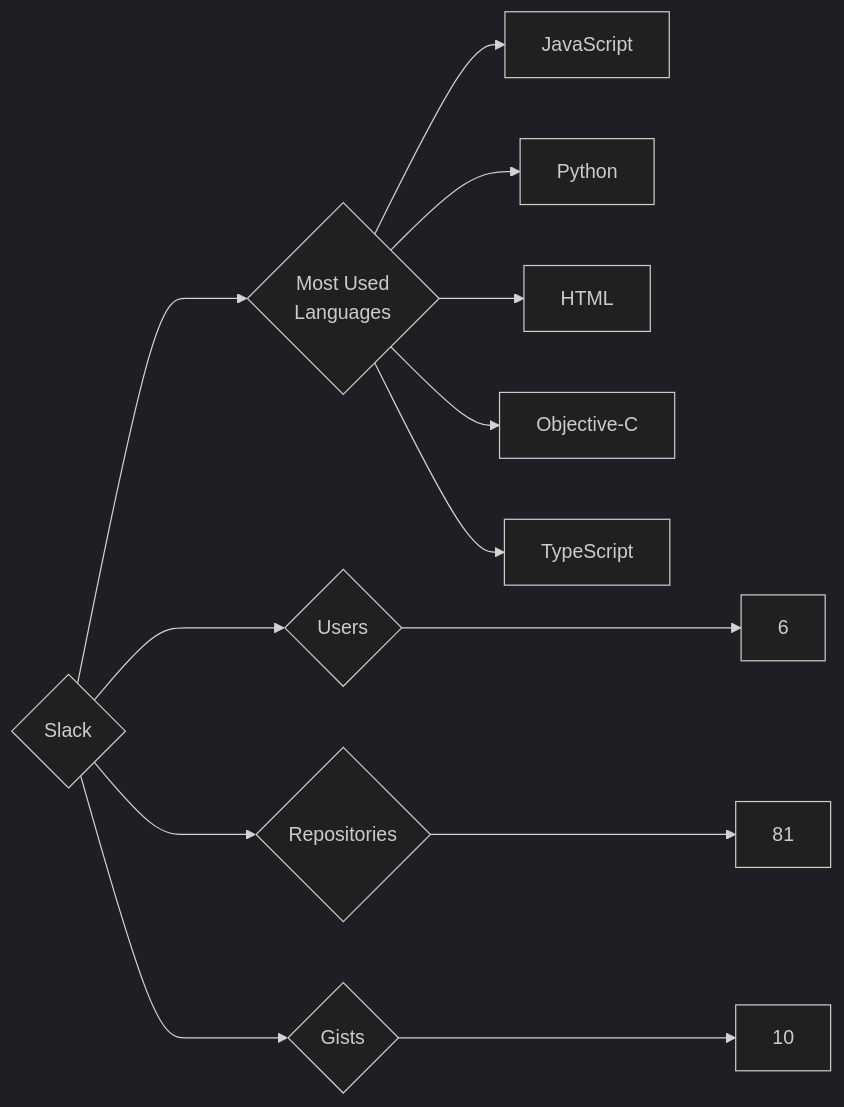
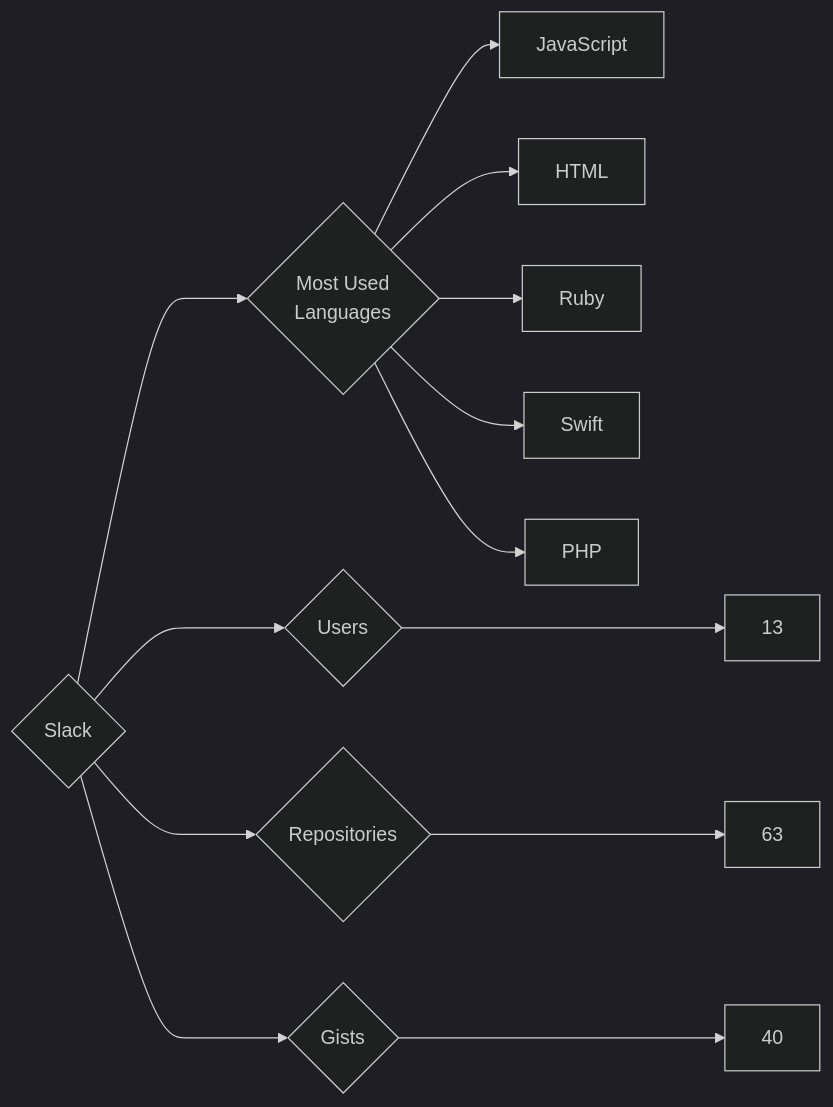
One commit to trickest/insiders changed the diagram in targets/Slack/README.md. Above: the diagram before and after it, drawn with Mermaid (dark theme). The commit also changed 903 other files, not shown here.

````diff
--- a/targets/Slack/README.md
+++ b/targets/Slack/README.md
@@ -3,13 +3,13 @@
 ```mermaid
 graph LR
 COMPANY_NAME{Slack}
-COMPANY_NAME ---> U{Users} ---> UN[6]
-COMPANY_NAME ---> R{Repositories} ---> RN[81]
-COMPANY_NAME ---> G{Gists} ---> GN[10]
+COMPANY_NAME ---> U{Users} ---> UN[13]
+COMPANY_NAME ---> R{Repositories} ---> RN[63]
+COMPANY_NAME ---> G{Gists} ---> GN[40]
 COMPANY_NAME ---> ML{Most Used<br>Languages}
 ML --> JavaScript[JavaScript]
-ML --> Python[Python]
 ML --> HTML[HTML]
-ML --> Objective-C[Objective-C]
-ML --> TypeScript[TypeScript]
+ML --> Ruby[Ruby]
+ML --> Swift[Swift]
+ML --> PHP[PHP]
 ```
````
